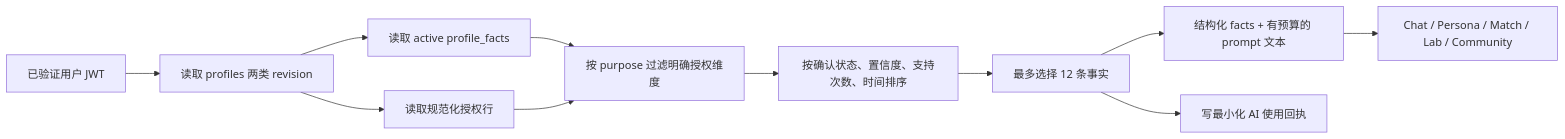
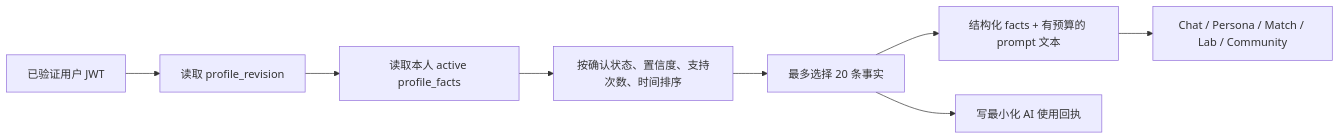
The diagram in docs/个人档案与AI使用设计.md (YiWang24/possibility), drawn with Mermaid before and after one commit. The commit also changed other lines of this file and 34 other files, not shown here.

````diff
--- a/docs/个人档案与AI使用设计.md
+++ b/docs/个人档案与AI使用设计.md
@@ -194,13 +196,10 @@
 ```mermaid
 flowchart LR
-    A["已验证用户 JWT"] --> B["读取 profiles 两类 revision"]
-    B --> C["读取 active profile_facts"]
-    B --> D["读取规范化授权行"]
-    C --> E["按 purpose 过滤明确授权维度"]
-    D --> E
-    E --> F["按确认状态、置信度、支持次数、时间排序"]
-    F --> G["最多选择 12 条事实"]
+    A["已验证用户 JWT"] --> B["读取 profile_revision"]
+    B --> C["读取本人 active profile_facts"]
+    C --> F["按确认状态、置信度、支持次数、时间排序"]
+    F --> G["最多选择 20 条事实"]
     G --> H["结构化 facts + 有预算的 prompt 文本"]
     H --> I["Chat / Persona / Match / Lab / Community"]
     G --> J["写最小化 AI 使用回执"]
 ```
````
